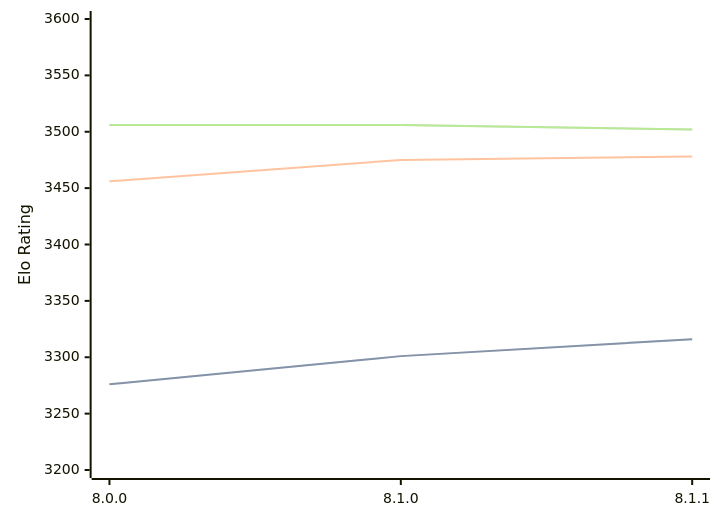
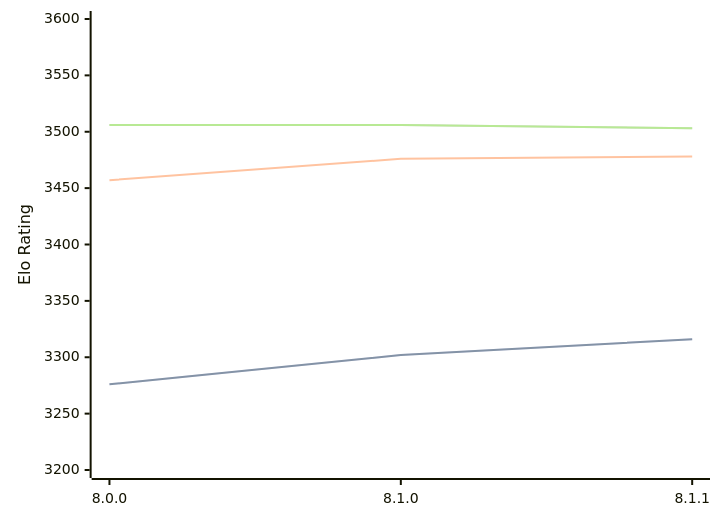
The diagram in engines/Velvet.md (computer-chess-index/cci), drawn with Mermaid before and after one commit. The commit also changed other lines of this file, not shown here.

Commit message:
Update CCI Ratings (ELO VLTC) - 2026-02-19

````diff
--- a/engines/Velvet.md
+++ b/engines/Velvet.md
@@ -54,11 +54,11 @@
 ```mermaid
 %%{init: {"theme":"base","themeVariables":{"seriesColors:['#a3a3a3','#222221','#faa371']}}}%%
 xychart-beta
   x-axis ["8.0.0", "8.1.0", "8.1.1"]
   y-axis "Elo Rating" 3200 --> 3600
-  line "STC (8.0+0.08s)" [3276, 3301, 3316]
-  line "STC (8.0+0.08s)" [3276, 3301, 3316]
-  line "LTC (60.0+0.60s)" [3456, 3475, 3478]
-  line "VLTC (2m24s+1.12s)" [3506, 3506, 3502]
-  line "VLTC (2m24s+1.12s)" [3506, 3506, 3502]
+  line "STC (8.0+0.08s)" [3276, 3302, 3316]
+  line "STC (8.0+0.08s)" [3276, 3302, 3316]
+  line "LTC (60.0+0.60s)" [3457, 3476, 3478]
+  line "VLTC (2m24s+1.12s)" [3506, 3506, 3503]
+  line "VLTC (2m24s+1.12s)" [3506, 3506, 3503]
 ```
````
